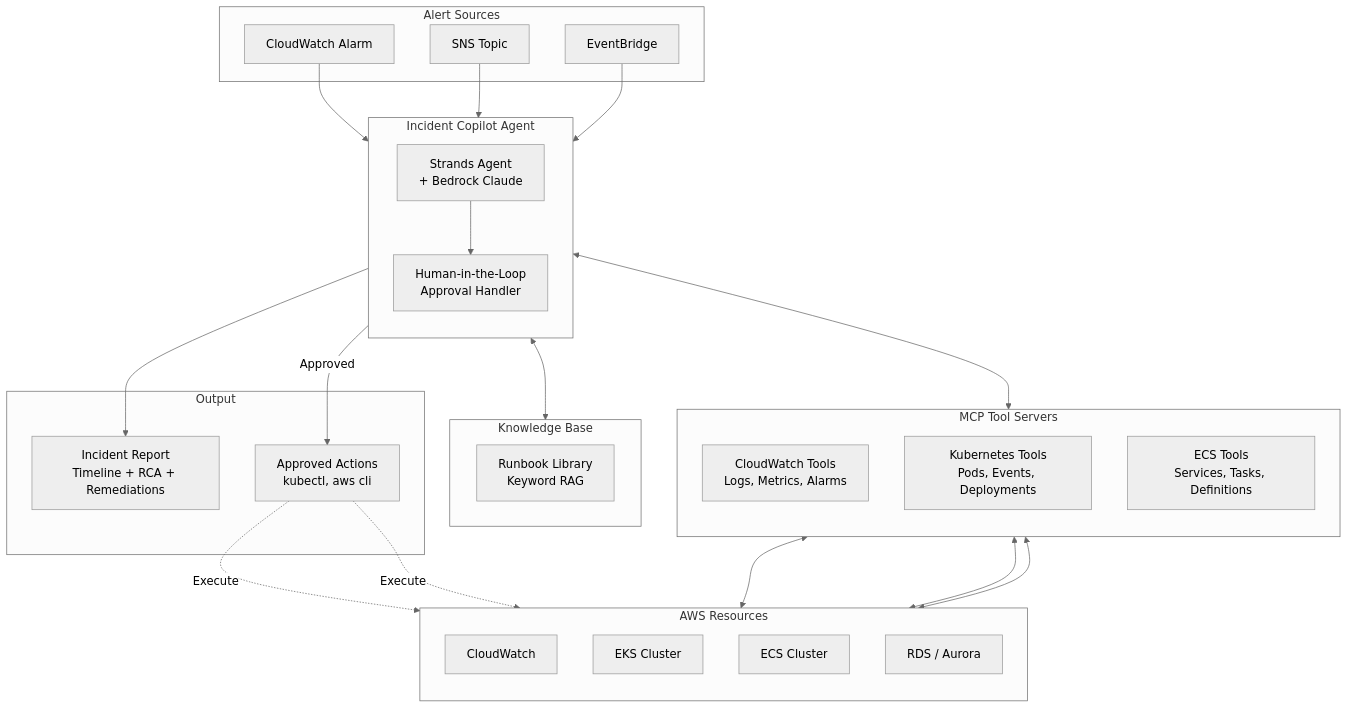
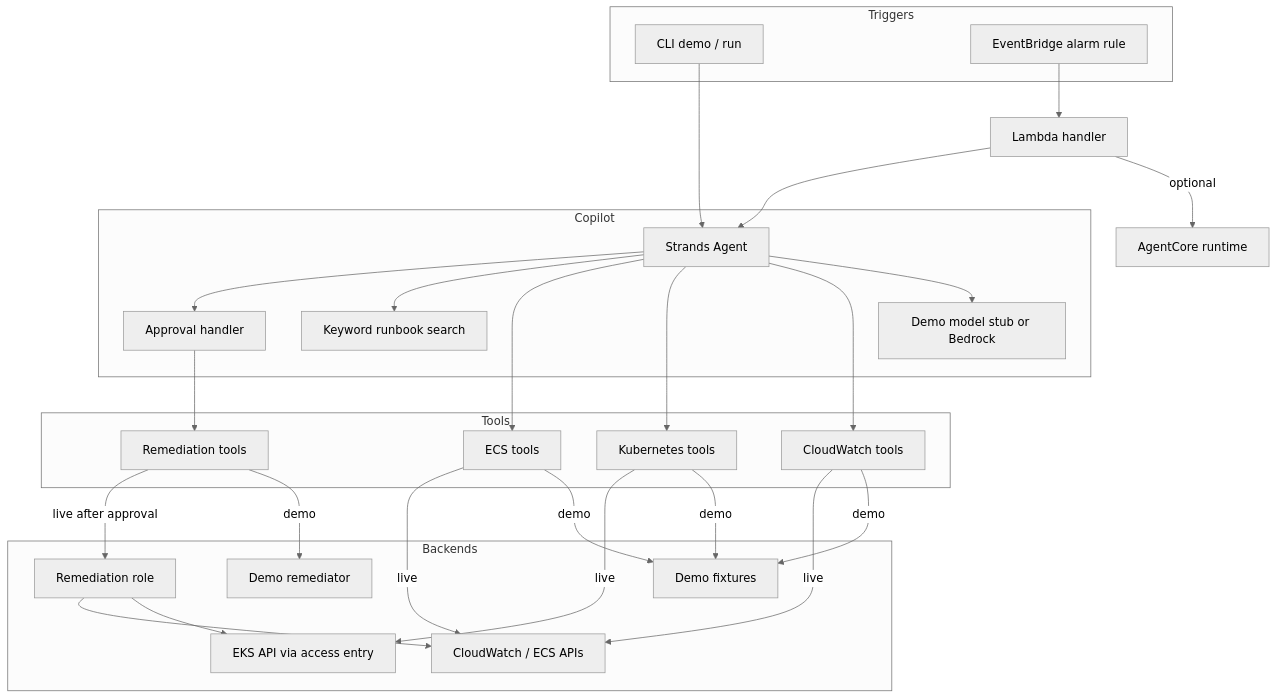
One commit to harin-singh/aws-incident-copilot changed the diagram in README.md. Above: the diagram before and after it, drawn with Mermaid (neutral theme). The commit also changed other lines of this file and 44 other files, not shown here.

First line of the commit message:
Make the demo investigate real fixture data and execute remediations.

````diff
--- a/README.md
+++ b/README.md
@@ -26,55 +22,51 @@
 ```mermaid
 flowchart TB
-    subgraph Alerts["Alert Sources"]
-        CW[CloudWatch Alarm]
-        SNS[SNS Topic]
-        EB[EventBridge]
+    subgraph Triggers
+        CLI[CLI demo / run]
+        EB[EventBridge alarm rule]
     end
 
-    subgraph Agent["Incident Copilot Agent"]
-        direction TB
-        SA[Strands Agent<br/>+ Bedrock Claude]
-        HITL[Human-in-the-Loop<br/>Approval Handler]
+    subgraph Copilot
+        SA[Strands Agent]
+        STUB[Demo model stub or Bedrock]
+        HITL[Approval handler]
+        RB[Keyword runbook search]
     end
 
-    subgraph MCP["MCP Tool Servers"]
-        direction TB
-        CWT[CloudWatch Tools<br/>Logs, Metrics, Alarms]
-        K8S[Kubernetes Tools<br/>Pods, Events, Deployments]
-        ECS[ECS Tools<br/>Services, Tasks, Definitions]
+    subgraph Tools
+        CWT[CloudWatch tools]
+        K8S[Kubernetes tools]
+        ECS[ECS tools]
+        REM[Remediation tools]
     end
 
-    subgraph KB["Knowledge Base"]
-        RB[Runbook Library<br/>Keyword RAG]
+    subgraph Backends
+        FIX[Demo fixtures]
+        AWS[CloudWatch / ECS APIs]
+        EKS[EKS API via access entry]
+        DEMOREM[Demo remediator]
+        LIVEREM[Remediation role]
     end
 
-    subgraph AWS["AWS Resources"]
-        direction TB
-        CWAWS[CloudWatch]
-        EKSAWS[EKS Cluster]
-        ECSAWS[ECS Cluster]
-        RDS[RDS / Aurora]
-    end
-
-    subgraph Output["Output"]
-        IR[Incident Report<br/>Timeline + RCA + Remediations]
-        ACT[Approved Actions<br/>kubectl, aws cli]
-    end
-
-    CW --> Agent
-    SNS --> Agent
-    EB --> Agent
-
-    SA <--> MCP
-    SA <--> KB
+    CLI --> SA
+    EB --> LAMBDA[Lambda handler]
+    LAMBDA -->|optional| AC[AgentCore runtime]
+    LAMBDA --> SA
+    SA --> STUB
+    SA --> CWT
+    SA --> K8S
+    SA --> ECS
+    SA --> RB
     SA --> HITL
-
-    CWT <--> CWAWS
-    K8S <--> EKSAWS
-    ECS <--> ECSAWS
-
-    HITL --> IR
-    HITL -->|Approved| ACT
-    ACT -.->|Execute| EKSAWS
-    ACT -.->|Execute| ECSAWS
+    HITL --> REM
+    CWT -->|demo| FIX
+    K8S -->|demo| FIX
+    ECS -->|demo| FIX
+    CWT -->|live| AWS
+    ECS -->|live| AWS
+    K8S -->|live| EKS
+    REM -->|demo| DEMOREM
+    REM -->|live after approval| LIVEREM
+    LIVEREM --> EKS
+    LIVEREM --> AWS
 ```
````
